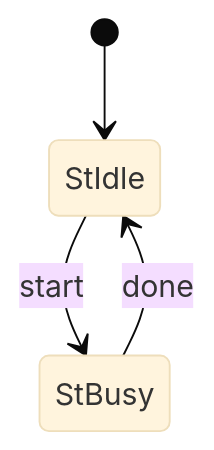
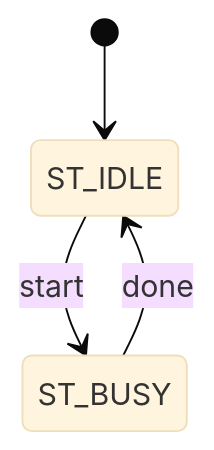
Before and after one commit to rtl-workflow/rtl_doc_agent: the second of 2 diagrams in plugins/rtl-flow/skills/rtl-design-flow/templates/doc/02_architecture.md, drawn with Mermaid (base theme). The commit also changed other lines of this file and 41 other files, not shown here.

First line of the commit message:
rtl-flow 0.3.0: adopt Huawei Verilog coding standard

````diff
--- a/plugins/rtl-flow/skills/rtl-design-flow/templates/doc/02_architecture.md
+++ b/plugins/rtl-flow/skills/rtl-design-flow/templates/doc/02_architecture.md
@@ -35,6 +35,6 @@
 ```mermaid
 stateDiagram-v2
-  [*] --> StIdle
-  StIdle --> StBusy: start
-  StBusy --> StIdle: done
+  [*] --> ST_IDLE
+  ST_IDLE --> ST_BUSY: start
+  ST_BUSY --> ST_IDLE: done
 ```
````
